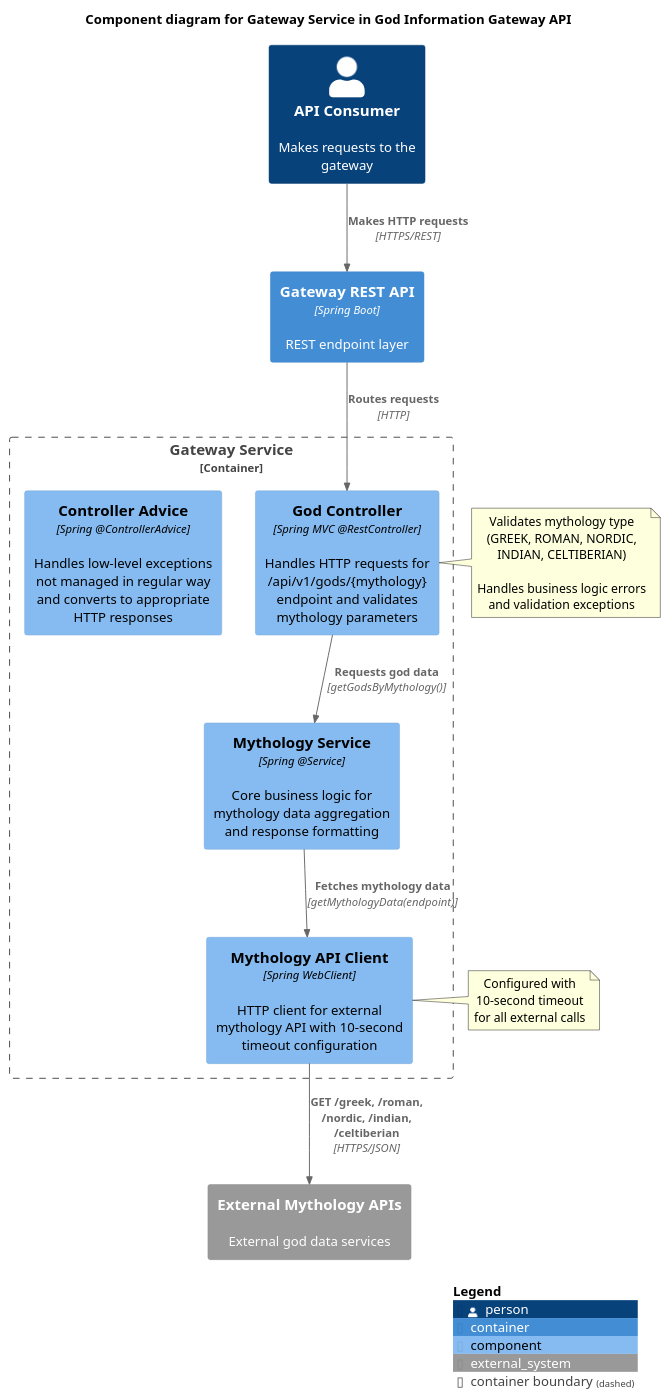
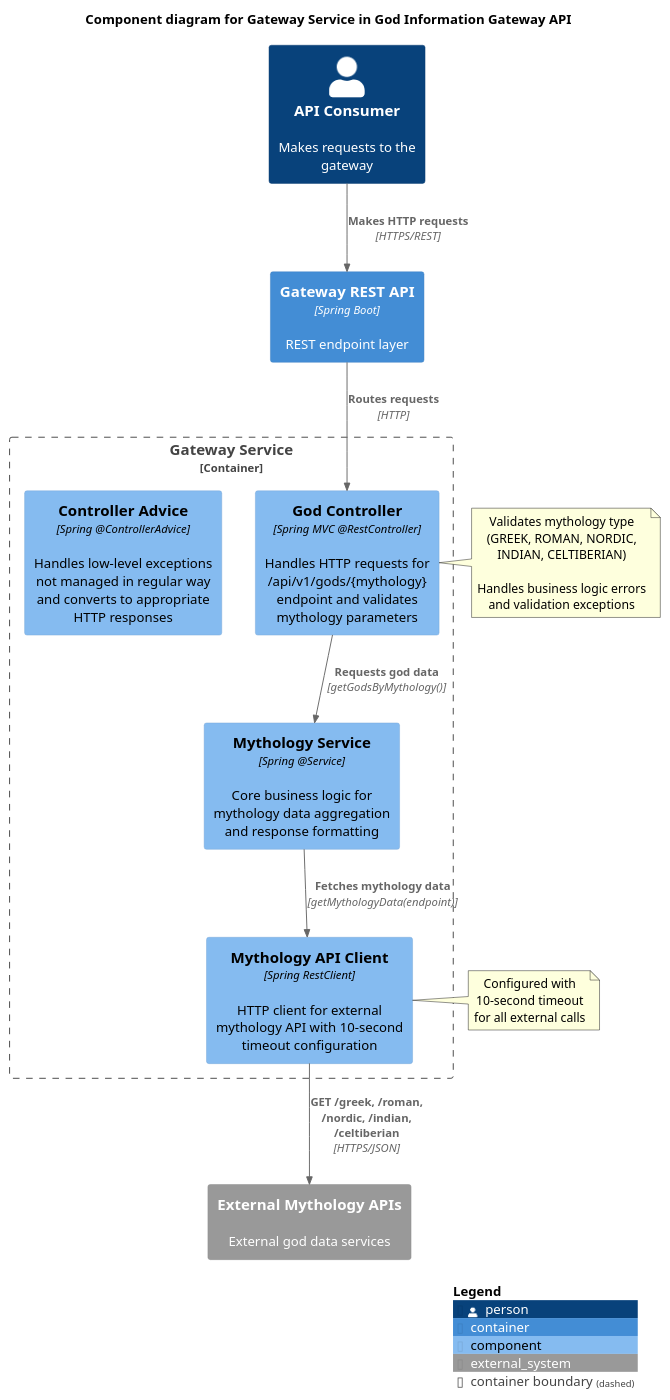
One commit to jabrena/cursor-rules-agile changed the diagram in examples/problem3/design/GodGateway_Component.puml. Above: the diagram before and after it, drawn with PlantUML. The commit also changed 11 other files, not shown here.

```diff
--- a/examples/problem3/design/GodGateway_Component.puml
+++ b/examples/problem3/design/GodGateway_Component.puml
@@ -1,37 +1,37 @@
 @startuml God Information Gateway API - Gateway Service Components
 !include https://raw.githubusercontent.com/plantuml-stdlib/C4-PlantUML/master/C4_Component.puml
 
 title Component diagram for Gateway Service in God Information Gateway API
 
 ' External Actors
 Person(apiConsumer, "API Consumer", "Makes requests to the gateway")
 
 ' Other Containers
 Container(gatewayApi, "Gateway REST API", "Spring Boot", "REST endpoint layer")
 System_Ext(externalMythologyApis, "External Mythology APIs", "External god data services")
 
 ' Gateway Service Container Boundary
 Container_Boundary(gatewayService, "Gateway Service") {
     Component(godController, "God Controller", "Spring MVC @RestController", "Handles HTTP requests for /api/v1/gods/{mythology} endpoint and validates mythology parameters")
     Component(mythologyService, "Mythology Service", "Spring @Service", "Core business logic for mythology data aggregation and response formatting")
     
-    Component(mythologyApiClient, "Mythology API Client", "Spring WebClient", "HTTP client for external mythology API with 10-second timeout configuration")
+    Component(mythologyApiClient, "Mythology API Client", "Spring RestClient", "HTTP client for external mythology API with 10-second timeout configuration")
     Component(controllerAdvice, "Controller Advice", "Spring @ControllerAdvice", "Handles low-level exceptions not managed in regular way and converts to appropriate HTTP responses")
 }
 
 ' Relationships
 Rel(apiConsumer, gatewayApi, "Makes HTTP requests", "HTTPS/REST")
 Rel(gatewayApi, godController, "Routes requests", "HTTP")
 
 note right of godController : Validates mythology type\n(GREEK, ROMAN, NORDIC,\nINDIAN, CELTIBERIAN)\n\nHandles business logic errors\nand validation exceptions
 
 Rel(godController, mythologyService, "Requests god data", "getGodsByMythology()")
 
 Rel(mythologyService, mythologyApiClient, "Fetches mythology data", "getMythologyData(endpoint)")
 
 Rel(mythologyApiClient, externalMythologyApis, "GET /greek, /roman, /nordic, /indian, /celtiberian", "HTTPS/JSON")
 
 note right of mythologyApiClient : Configured with\n10-second timeout\nfor all external calls
 
 SHOW_LEGEND()
 @enduml 
```
